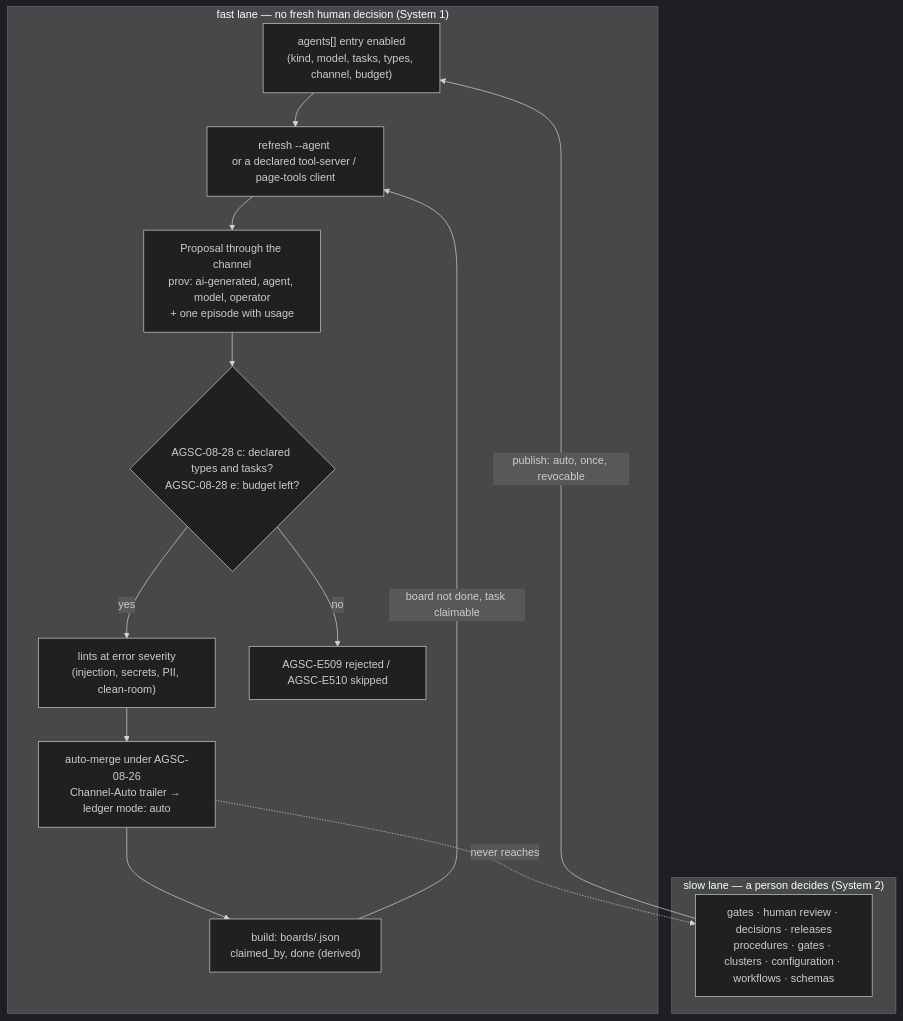
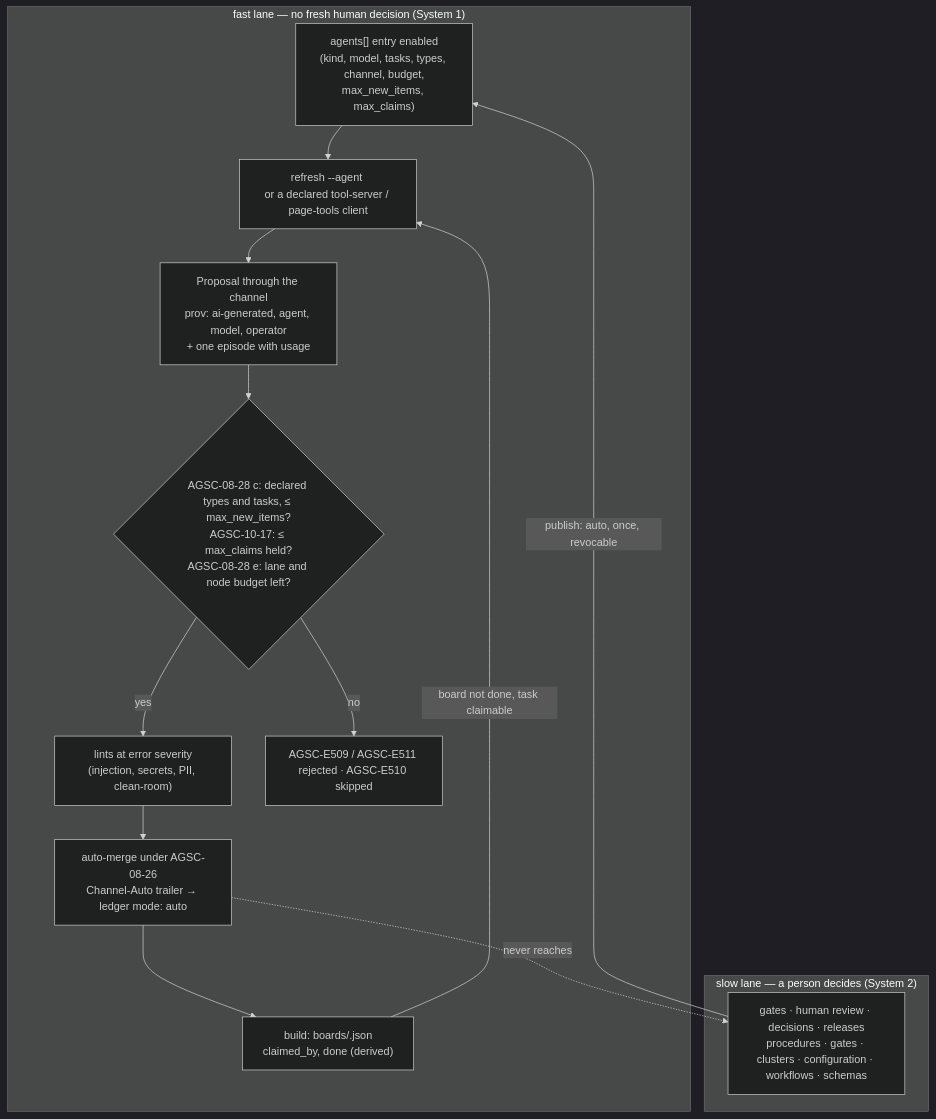
One commit to andreibesleaga/agentic-system-core changed the diagram in docs/diagrams/workflow-agent-lane.md. Above: the diagram before and after it, drawn with Mermaid (dark theme). The commit also changed other lines of this file and 25 other files, not shown here.

````diff
--- a/docs/diagrams/workflow-agent-lane.md
+++ b/docs/diagrams/workflow-agent-lane.md
@@ -3,21 +3,21 @@
 ```mermaid
 flowchart TD
   subgraph FAST["fast lane — no fresh human decision (System 1)"]
-    A["agents[] entry enabled\n(kind, model, tasks, types, channel, budget)"]
+    A["agents[] entry enabled\n(kind, model, tasks, types, channel, budget,\nmax_new_items, max_claims)"]
     R["refresh --agent <name>\nor a declared tool-server / page-tools client"]
     P["Proposal through the channel\nprov: ai-generated, agent, model, operator\n+ one episode with usage"]
-    G{"AGSC-08-28 c: declared types and tasks?\nAGSC-08-28 e: budget left?"}
+    G{"AGSC-08-28 c: declared types and tasks, ≤ max_new_items?\nAGSC-10-17: ≤ max_claims held?\nAGSC-08-28 e: lane and node budget left?"}
     L["lints at error severity\n(injection, secrets, PII, clean-room)"]
     M["auto-merge under AGSC-08-26\nChannel-Auto trailer → ledger mode: auto"]
     B["build: boards/<cluster>.json\nclaimed_by, done (derived)"]
     A --> R --> P --> G
-    G -- "no" --> X["AGSC-E509 rejected / AGSC-E510 skipped"]
+    G -- "no" --> X["AGSC-E509 / AGSC-E511 rejected · AGSC-E510 skipped"]
     G -- "yes" --> L --> M --> B
     B -- "board not done, task claimable" --> R
   end
   subgraph SLOW["slow lane — a person decides (System 2)"]
     H["gates · human review · decisions · releases\nprocedures · gates · clusters · configuration · workflows · schemas"]
   end
   M -. "never reaches" .-> H
   H -- "publish: auto, once, revocable" --> A
 ```
````
